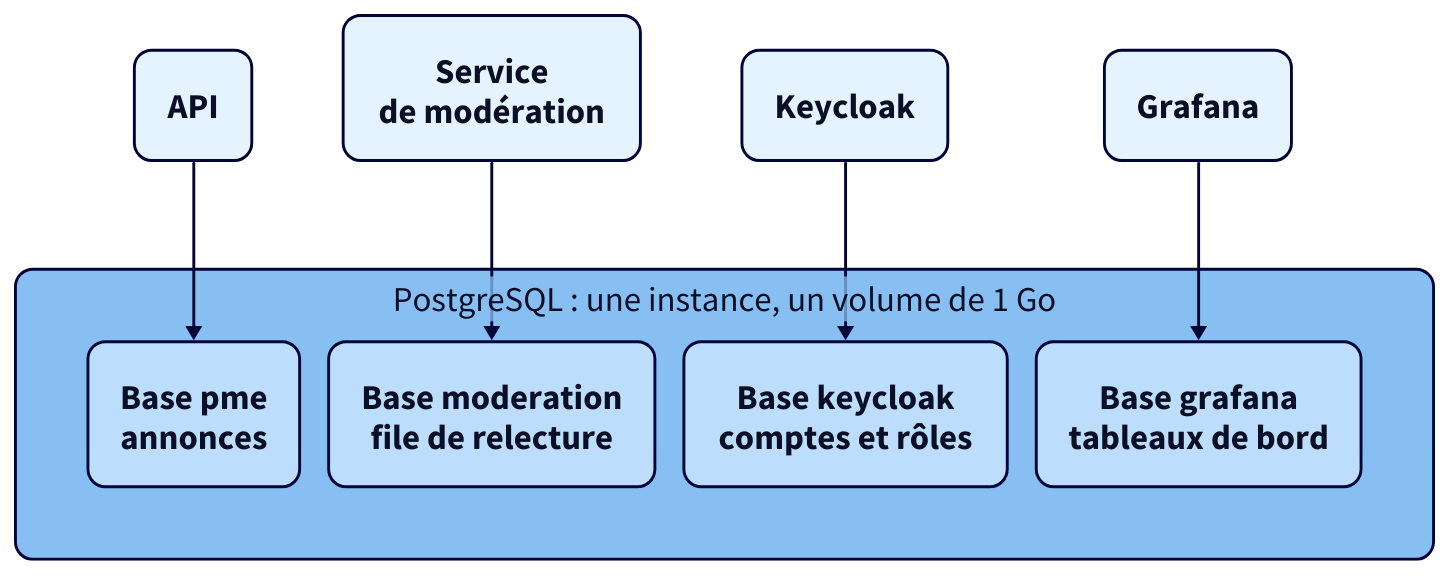
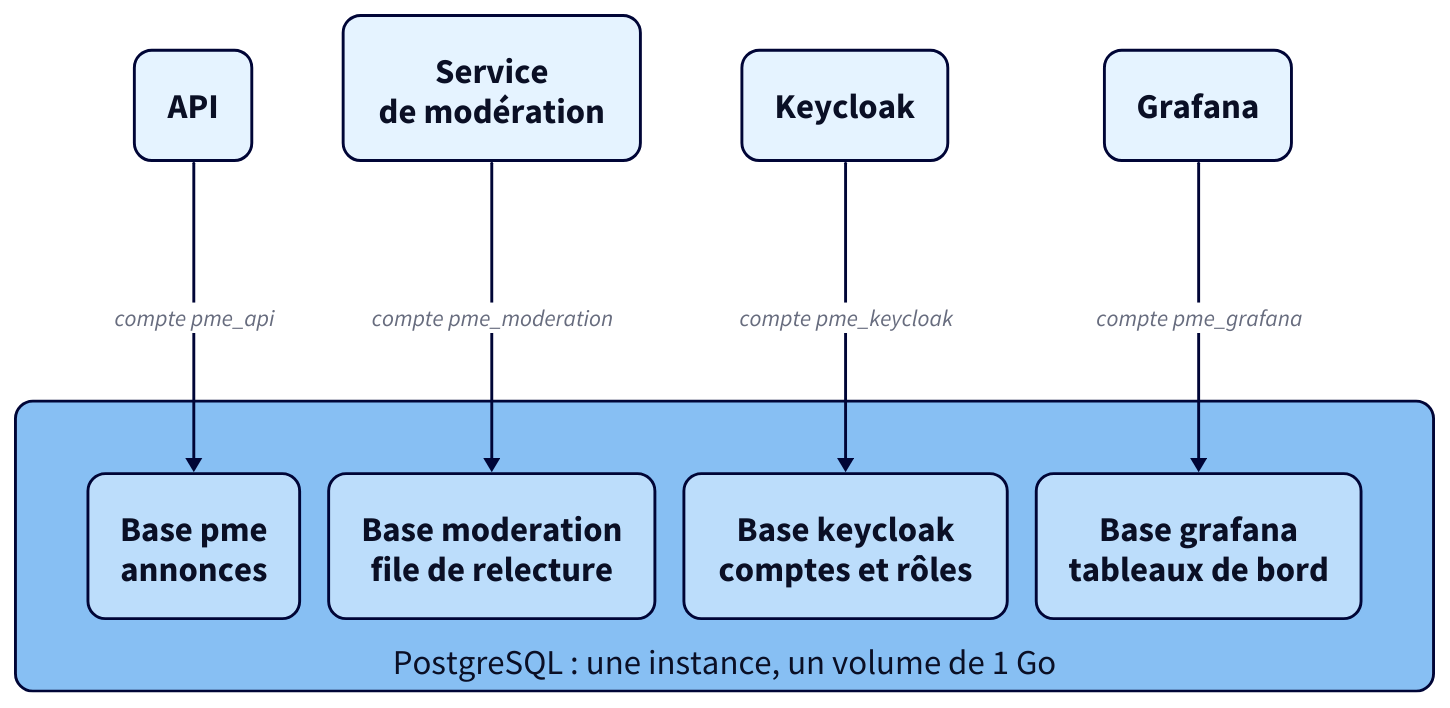
The diagram in docs/outils/postgresql.md (kitaah/pme), drawn with D2 before and after one commit. The commit also changed other lines of this file and 23 other files, not shown here.

````diff
--- a/docs/outils/postgresql.md
+++ b/docs/outils/postgresql.md
@@ -30,38 +36,39 @@
 ```d2
 vars: {
   d2-config: {
     layout-engine: elk
     theme-id: 5
     pad: 8
   }
 }
 direction: down
 
 # Mise en forme commune : texte lisible à la largeur de la page, angles arrondis
 classes: {
   boite: {
     style: {
       font-size: 24
       border-radius: 12
     }
   }
 }
 
 api: "API" {class: boite}
 moderation: "Service\nde modération" {class: boite}
 keycloak: "Keycloak" {class: boite}
 grafana: "Grafana" {class: boite}
 
 postgres: "PostgreSQL : une instance, un volume de 1 Go" {
   class: boite
+  label.near: bottom-center
   pme: "Base pme\nannonces" {class: boite}
   moderation_db: "Base moderation\nfile de relecture" {class: boite}
   keycloak_db: "Base keycloak\ncomptes et rôles" {class: boite}
   grafana_db: "Base grafana\ntableaux de bord" {class: boite}
 }
 
-api -> postgres.pme
-moderation -> postgres.moderation_db
-keycloak -> postgres.keycloak_db
-grafana -> postgres.grafana_db
+api -> postgres.pme: "compte pme_api"
+moderation -> postgres.moderation_db: "compte pme_moderation"
+keycloak -> postgres.keycloak_db: "compte pme_keycloak"
+grafana -> postgres.grafana_db: "compte pme_grafana"
 ```
````
